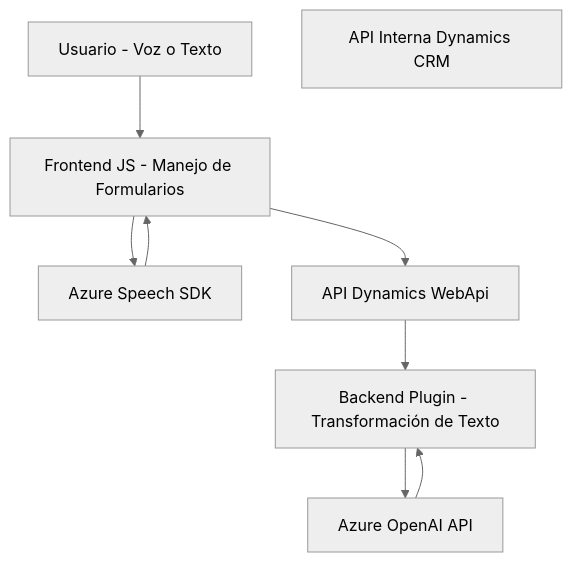
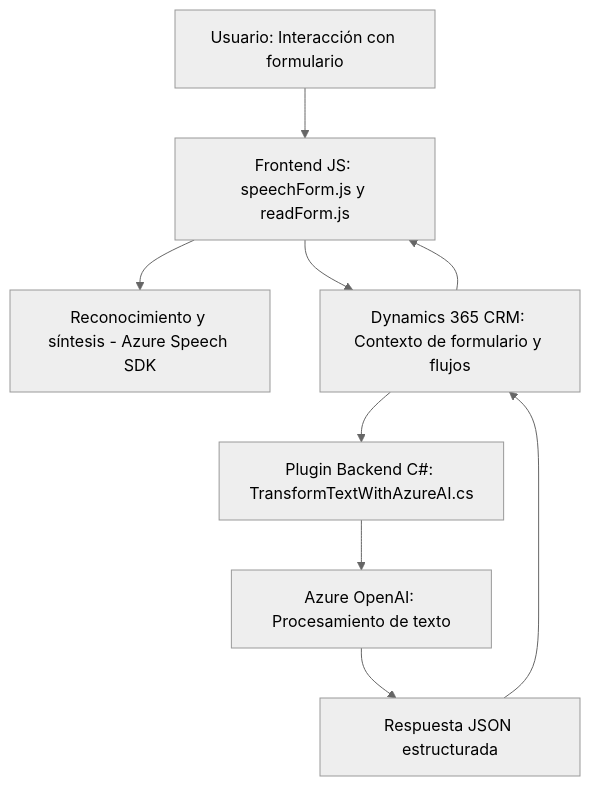
One commit to blopezdm/NETCORE_BILBAO2025 changed the diagram in README.md. Above: the diagram before and after it, drawn with Mermaid (neutral theme). The commit also changed other lines of this file, not shown here.

Commit message:
Actualizar análisis global de la solución con IA

````diff
--- a/README.md
+++ b/README.md
@@ -53,18 +51,19 @@
 ```mermaid
 graph TD
-    A["Usuario - Voz o Texto"]
-    B["Frontend JS - Manejo de Formularios"]
-    C["Azure Speech SDK"]
-    D["API Dynamics WebApi"]
-    E["API Interna Dynamics CRM"]
-    F["Backend Plugin - Transformación de Texto"]
-    G["Azure OpenAI API"]
+    A["Usuario: Interacción con formulario"]
+    B["Frontend JS: speechForm.js y readForm.js"]
+    C["Reconocimiento y síntesis - Azure Speech SDK"]
+    D["Dynamics 365 CRM: Contexto de formulario y flujos"]
+    E["Plugin Backend C#: TransformTextWithAzureAI.cs"]
+    F["Azure OpenAI: Procesamiento de texto"]
+    G["Respuesta JSON estructurada"]
 
     A --> B
     B --> C
     B --> D
-    D --> F
+    D --> E
+    E --> F
     F --> G
-    C --> B
-    G --> F
+    G --> D
+    D --> B
 ```
````
